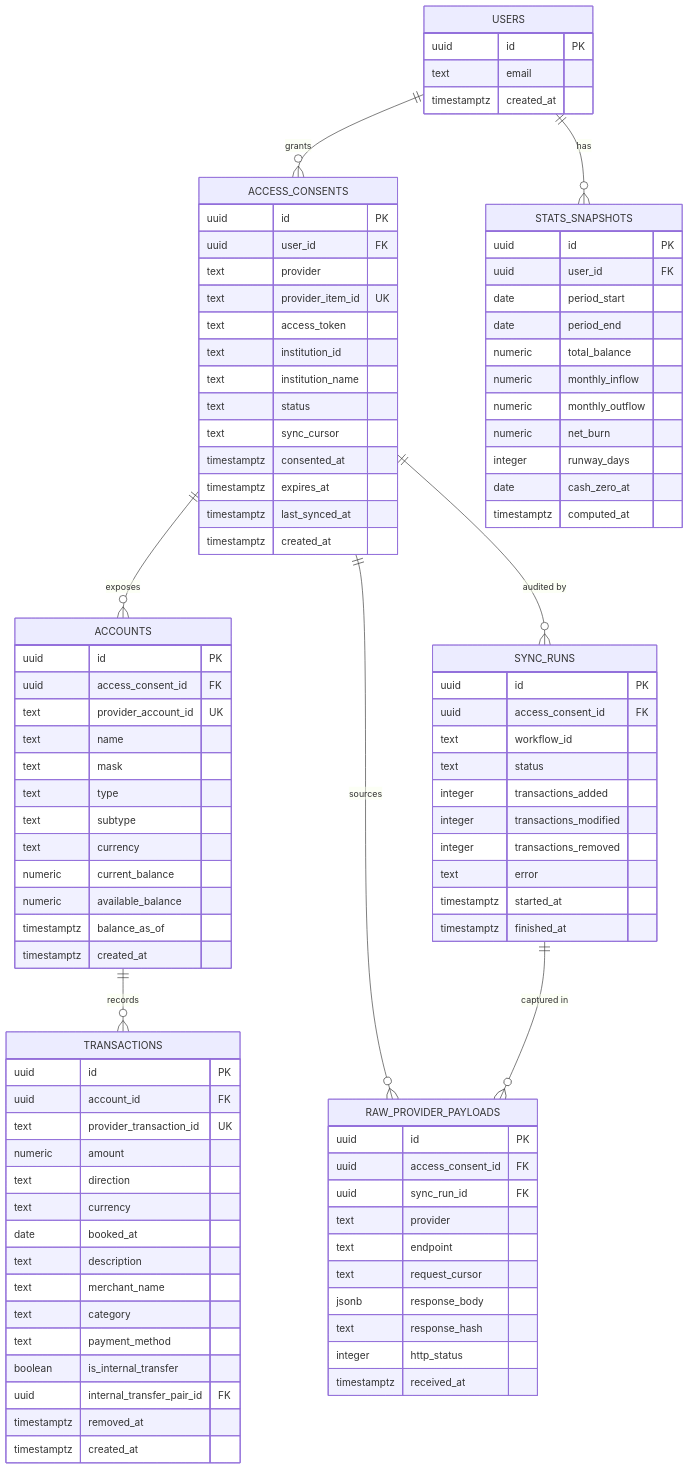
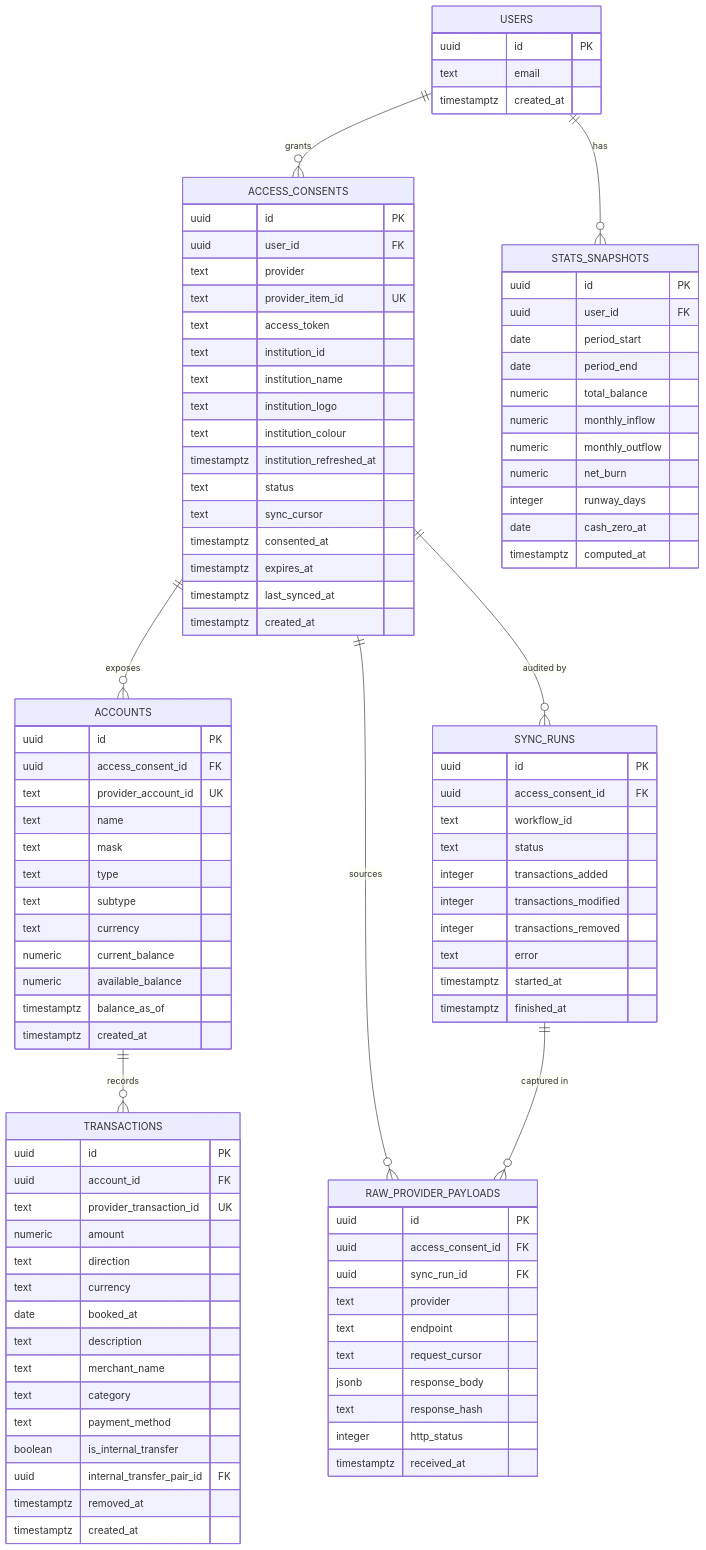
The diagram in SCHEMA.md (ahmadAlMezaal/coffer), drawn with Mermaid before and after one commit. The commit also changed other lines of this file and 56 other files, not shown here.

First line of the commit message:
feat: put the dashboard behind a drawer, with charts, bank logos and account control (#2)

```diff
--- a/SCHEMA.md
+++ b/SCHEMA.md
@@ -29,6 +29,9 @@
         text access_token
         text institution_id
         text institution_name
+        text institution_logo
+        text institution_colour
+        timestamptz institution_refreshed_at
         text status
         text sync_cursor
         timestamptz consented_at
```
